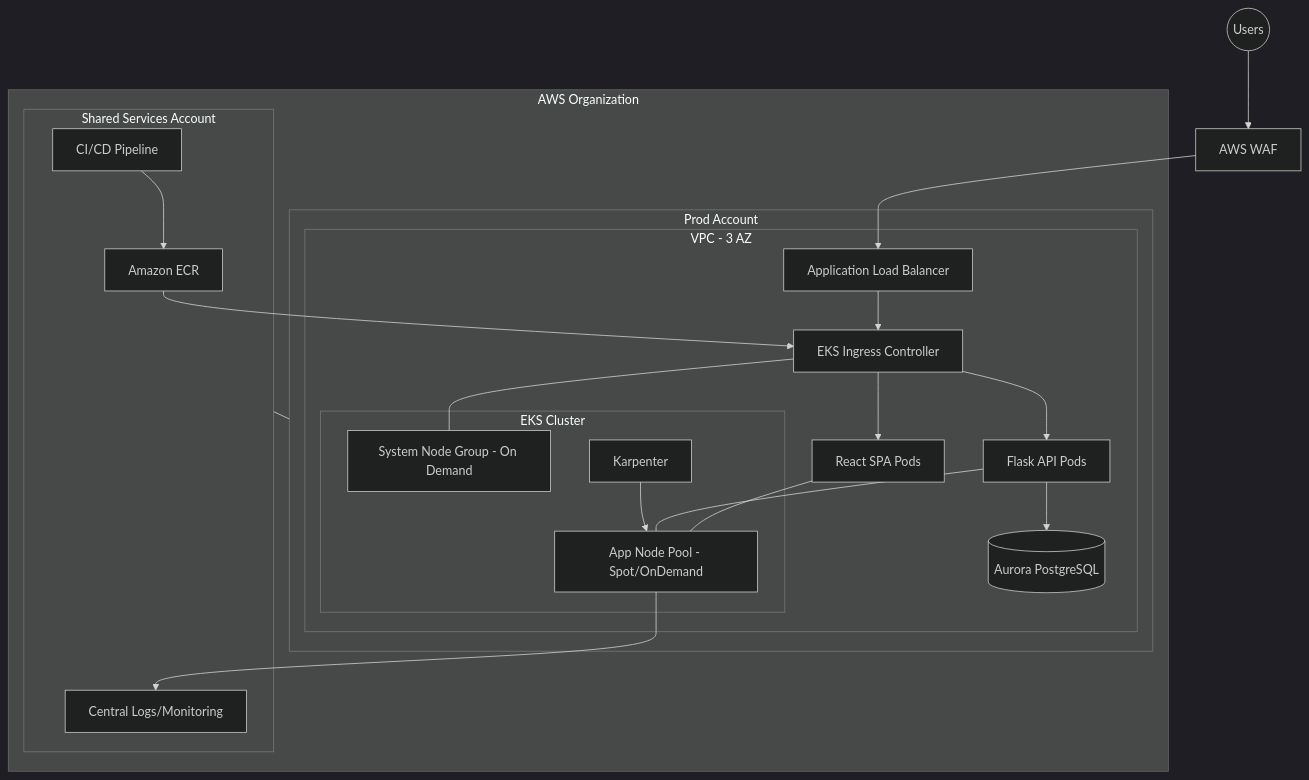
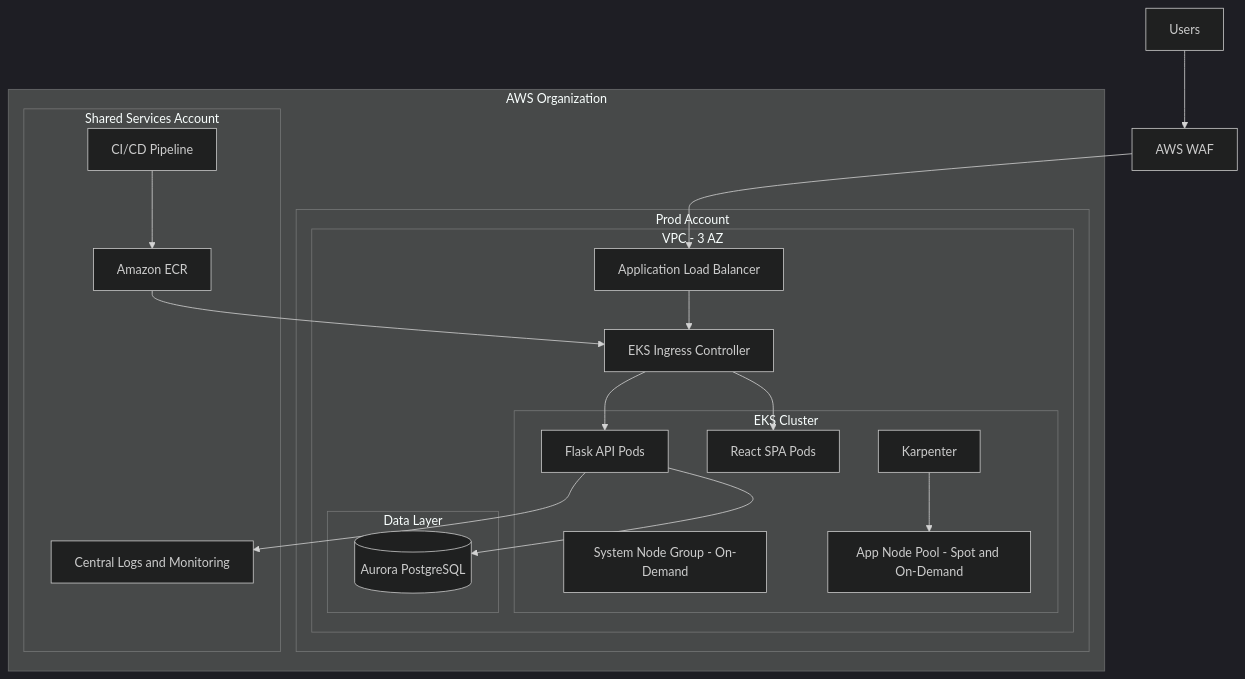
The diagram in architecture/diagrams/high-level-architecture.mmd (gezim-tech/opsfleet), drawn with Mermaid (dark theme) before and after one commit. The commit also changed 1 other file, not shown here.

Commit message:
fix: improve diagram readability

```diff
--- a/architecture/diagrams/high-level-architecture.mmd
+++ b/architecture/diagrams/high-level-architecture.mmd
@@ -1,34 +1,36 @@
 flowchart TB
-  Internet((Users)) --> WAF[AWS WAF]
+  U[Users] --> WAF[AWS WAF]
   WAF --> ALB[Application Load Balancer]
 
-  subgraph AWS_Org[AWS Organization]
-    subgraph Shared[Shared Services Account]
-      CI[CI/CD Pipeline] --> ECR[Amazon ECR]
-      Logs[Central Logs/Monitoring]
-    end
-
-    subgraph Prod_Account[Prod Account]
+  subgraph ORG[AWS Organization]
+    subgraph PROD[Prod Account]
       subgraph VPC[VPC - 3 AZ]
-        ALB --> Ingress[EKS Ingress Controller]
-        Ingress --> FE[React SPA Pods]
-        Ingress --> API[Flask API Pods]
-        API --> DB[(Aurora PostgreSQL)]
+        ALB --> ING[EKS Ingress Controller]
 
         subgraph EKS[EKS Cluster]
-          SystemNG[System Node Group - On Demand]
-          AppPool[App Node Pool - Spot/OnDemand]
-          Karpenter[Karpenter]
+          SYS[System Node Group - On-Demand]
+          APPN[App Node Pool - Spot and On-Demand]
+          KARP[Karpenter]
+          FE[React SPA Pods]
+          API[Flask API Pods]
         end
 
-        FE --- AppPool
-        API --- AppPool
-        Ingress --- SystemNG
-        Karpenter --> AppPool
+        subgraph DATA[Data Layer]
+          DB[(Aurora PostgreSQL)]
+        end
+
+        ING --> FE
+        ING --> API
+        API --> DB
+        KARP --> APPN
       end
     end
 
-    Shared --- Prod_Account
-    ECR --> Ingress
-    AppPool --> Logs
+    subgraph SHARED[Shared Services Account]
+      CI[CI/CD Pipeline] --> ECR[Amazon ECR]
+      LOGS[Central Logs and Monitoring]
+    end
+
+    ECR --> ING
+    API --> LOGS
   end
```
